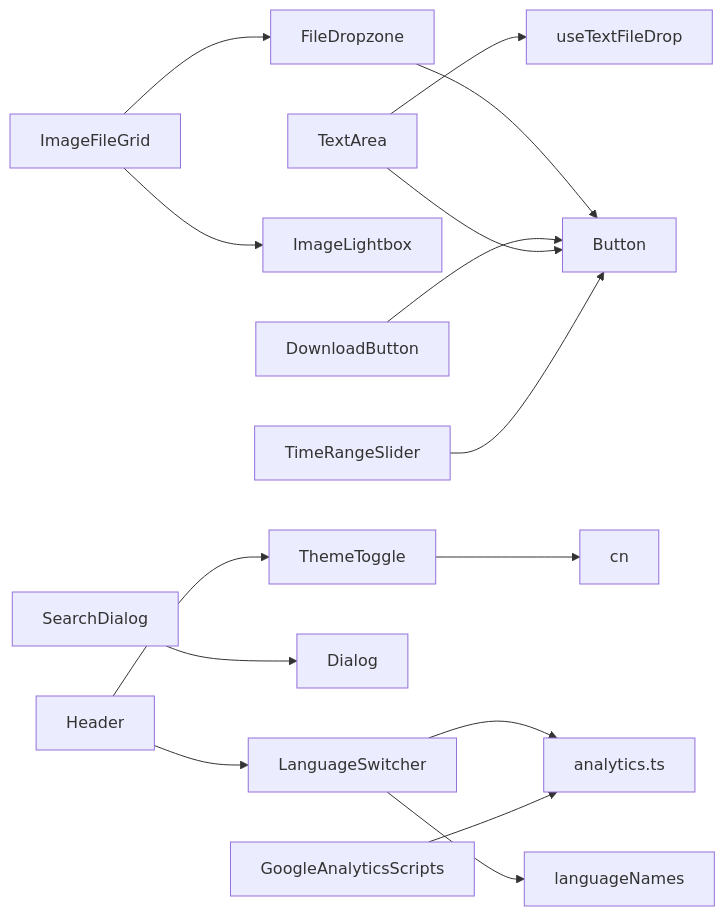
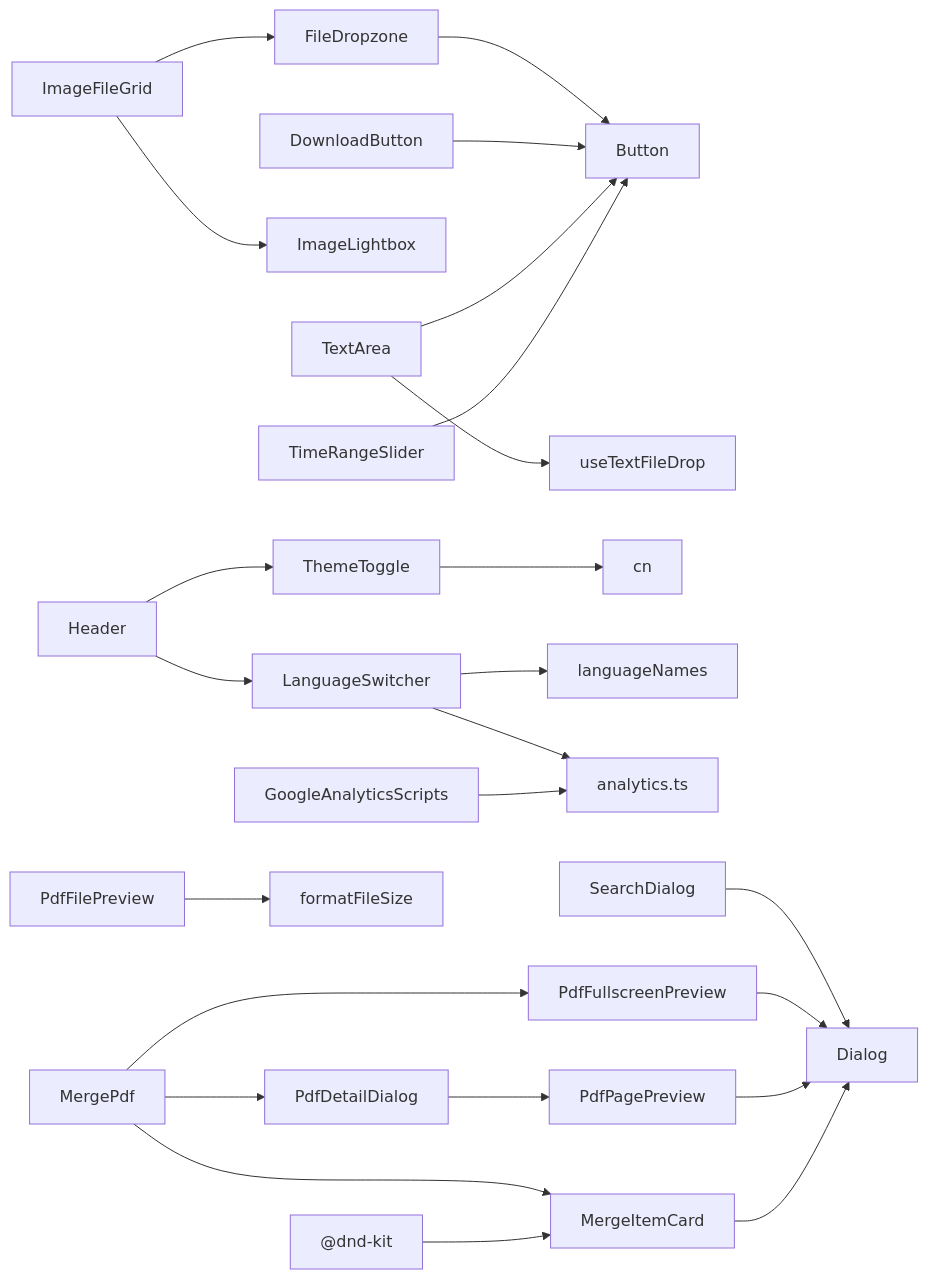
Before and after one commit to sgyy/privadeck: the seventh of 7 diagrams in .qoder/repowiki/zh/content/UI组件系统/共享组件/共享组件.md, drawn with Mermaid. The commit also changed other lines of this file and 4 other files, not shown here.

````diff
--- a/.qoder/repowiki/zh/content/UI组件系统/共享组件/共享组件.md
+++ b/.qoder/repowiki/zh/content/UI组件系统/共享组件/共享组件.md
@@ -778,17 +1074,26 @@
 ```mermaid
 graph LR
 FDZ["FileDropzone"] --> BTN["Button"]
 DLB["DownloadButton"] --> BTN
 IFG["ImageFileGrid"] --> FDZ
 IFG --> ILB["ImageLightbox"]
 TA["TextArea"] --> BTN
 TA --> UTEXT["useTextFileDrop"]
 TT["ThemeToggle"] --> CN["cn"]
 LS["LanguageSwitcher"] --> LANGNAMES["languageNames"]
 LS --> ANALYTICS["analytics.ts"]
 SD["SearchDialog"] --> DLG["Dialog"]
 HDR["Header"] --> LS
 HDR --> TT
 GAS["GoogleAnalyticsScripts"] --> ANALYTICS
 TRS["TimeRangeSlider"] --> BTN
+PFP["PdfFullscreenPreview"] --> DLG
+PFPV["PdfFilePreview"] --> FS["formatFileSize"]
+PPP["PdfPagePreview"] --> DLG
+MIC["MergeItemCard"] --> DLG
+PDD["PdfDetailDialog"] --> PPP
+MPDF["MergePdf"] --> MIC
+MPDF --> PDD
+MPDF --> PFP
+DK["@dnd-kit"] --> MIC
 ```
````
